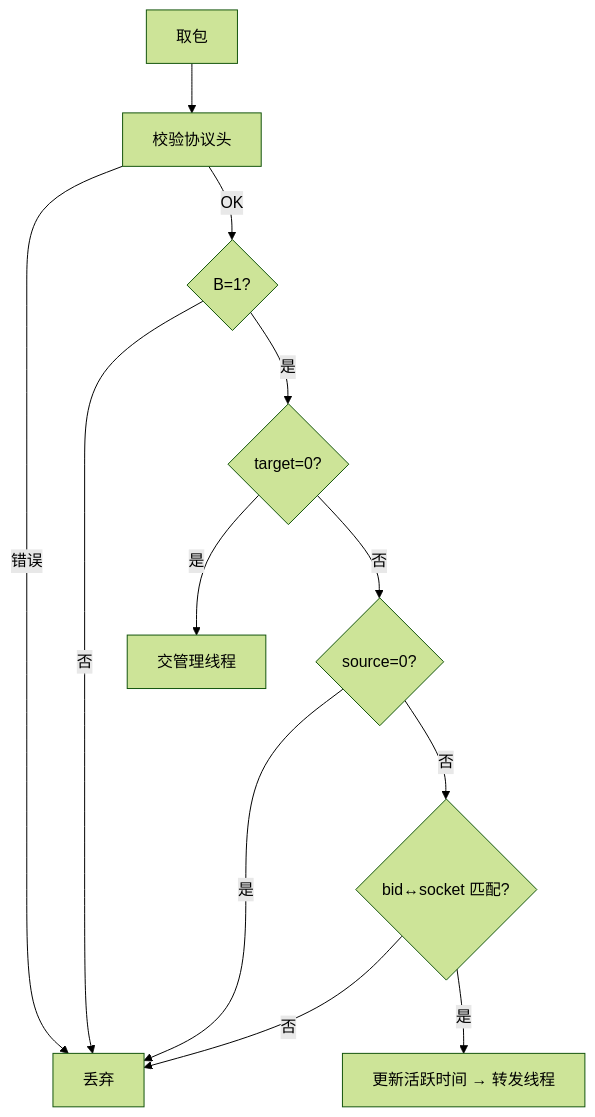
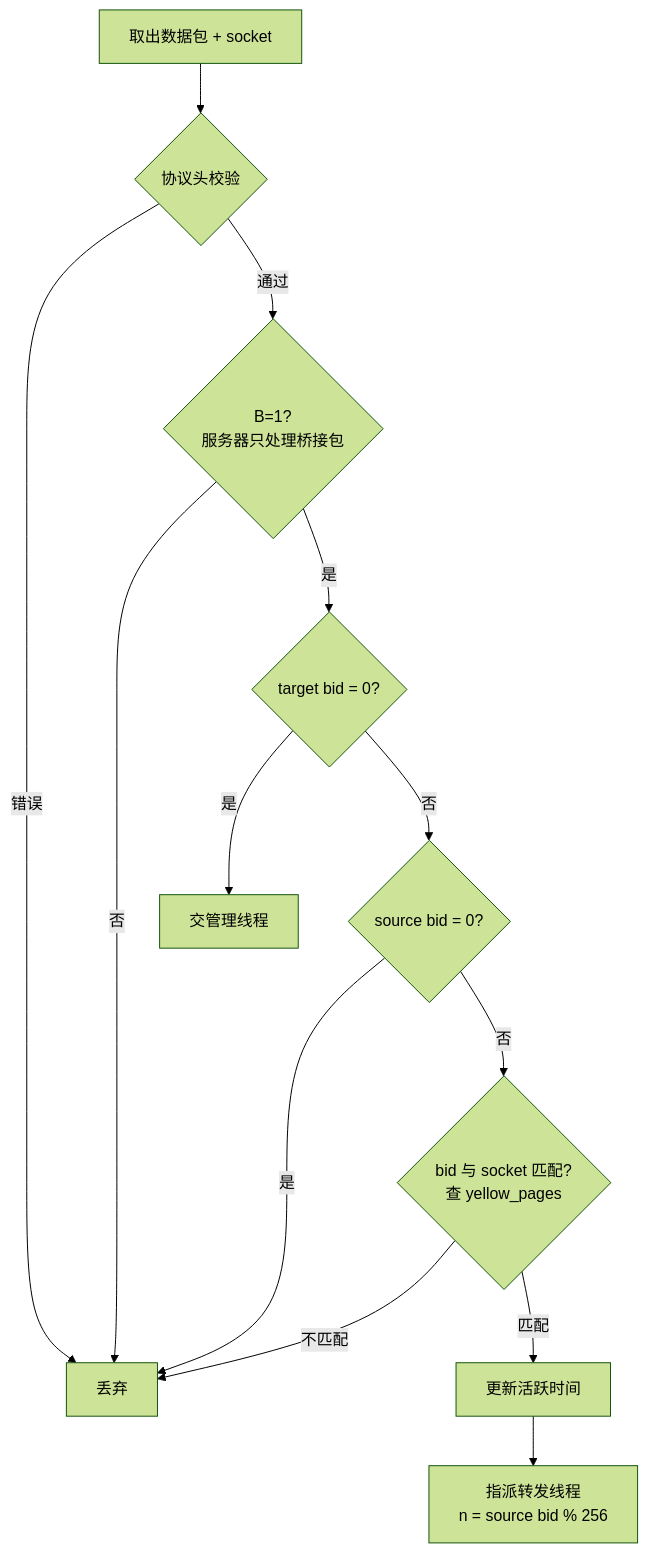
Before and after one commit to moky/magpie-bridge: the third of 5 diagrams in docs/design-architecture.zh-CN.md, drawn with Mermaid (forest theme). The commit also changed other lines of this file and 5 other files, not shown here.

Commit message:
docs: regenerate from ai/ tasks with mermaid diagrams

````diff
--- a/docs/design-architecture.zh-CN.md
+++ b/docs/design-architecture.zh-CN.md
@@ -47,14 +56,15 @@
 ```mermaid
 flowchart TD
-    P[取包] --> V1[校验协议头]
+    P[取出数据包 + socket] --> V1{协议头校验}
     V1 -- 错误 --> DR[丢弃]
-    V1 -- OK --> V2{B=1?}
+    V1 -- 通过 --> V2{B=1?<br/>服务器只处理桥接包}
     V2 -- 否 --> DR
-    V2 -- 是 --> V3{target=0?}
-    V3 -- 是 --> M[交管理线程]
-    V3 -- 否 --> V4{source=0?}
+    V2 -- 是 --> V3{target bid = 0?}
+    V3 -- 是 --> MG[交管理线程]
+    V3 -- 否 --> V4{source bid = 0?}
     V4 -- 是 --> DR
-    V4 -- 否 --> V5{bid↔socket 匹配?}
-    V5 -- 否 --> DR
-    V5 -- 是 --> UP[更新活跃时间 → 转发线程]
+    V4 -- 否 --> V5{bid 与 socket 匹配?<br/>查 yellow_pages}
+    V5 -- 不匹配 --> DR
+    V5 -- 匹配 --> UP[更新活跃时间]
+    UP --> AS[指派转发线程<br/>n = source bid % 256]
 ```
````
